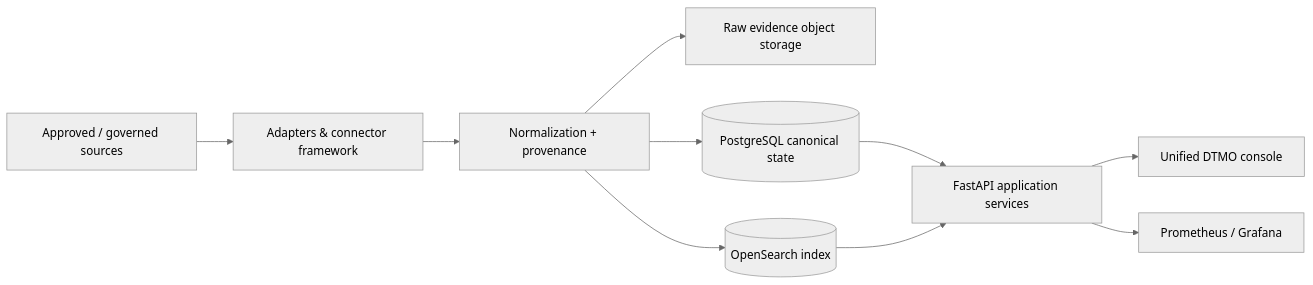
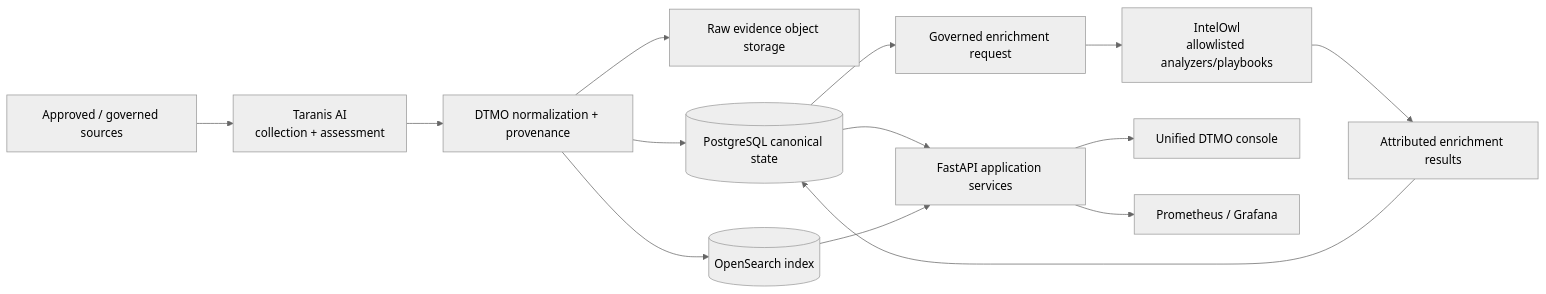
Before and after one commit to GJvManen/dtmo: the diagram in README.md, drawn with Mermaid (neutral theme). The commit also changed other lines of this file, not shown here.

Commit message:
docs: advance README to Phase 11.3 IntelOwl

````diff
--- a/README.md
+++ b/README.md
@@ -49,12 +51,16 @@
 ```mermaid
 flowchart LR
-    S[Approved / governed sources] --> A[Adapters & connector framework]
-    A --> N[Normalization + provenance]
+    S[Approved / governed sources] --> TAR[Taranis AI\ncollection + assessment]
+    TAR --> N[DTMO normalization + provenance]
     N --> O[Raw evidence object storage]
     N --> P[(PostgreSQL canonical state)]
     N --> X[(OpenSearch index)]
+    P --> ENR[Governed enrichment request]
+    ENR --> OWL[IntelOwl\nallowlisted analyzers/playbooks]
+    OWL --> ER[Attributed enrichment results]
+    ER --> P
     P --> API[FastAPI application services]
     X --> API
     API --> UI[Unified DTMO console]
     API --> OBS[Prometheus / Grafana]
 ```
````
